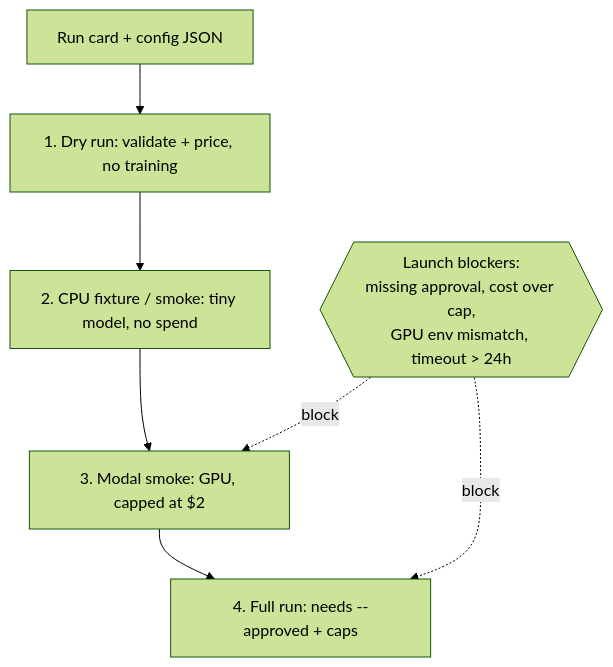
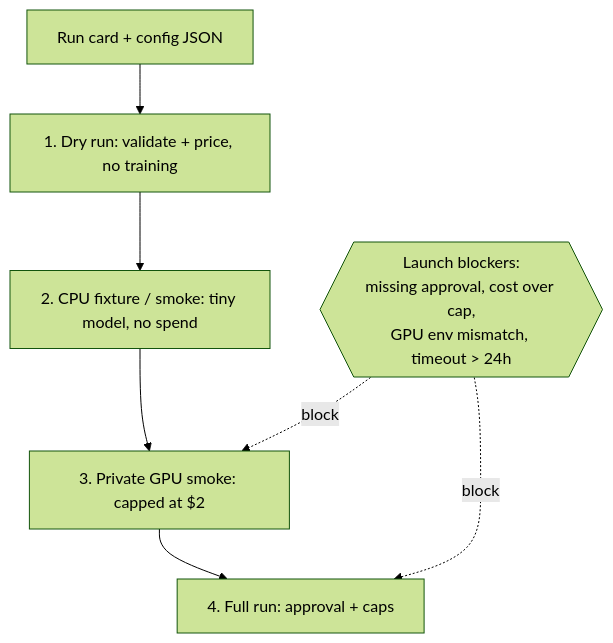
Before and after one commit to adamthuvesen/esme-posttrain: the second of 6 diagrams in docs/internal/repo-study-notes.md, drawn with Mermaid (forest theme). The commit also changed other lines of this file and 7 other files, not shown here.

````diff
--- a/docs/internal/repo-study-notes.md
+++ b/docs/internal/repo-study-notes.md
@@ -26,10 +26,10 @@
 ```mermaid
 flowchart TD
     RC[Run card + config JSON] --> DR[1. Dry run: validate + price, no training]
     DR --> FX[2. CPU fixture / smoke: tiny model, no spend]
-    FX --> MS[3. Modal smoke: GPU, capped at $2]
-    MS --> FR[4. Full run: needs --approved + caps]
+    FX --> MS[3. Private GPU smoke: capped at $2]
+    MS --> FR[4. Full run: approval + caps]
     BL{{Launch blockers:<br/>missing approval, cost over cap,<br/>GPU env mismatch, timeout > 24h}}
     BL -.block.-> MS
     BL -.block.-> FR
 ```
````
